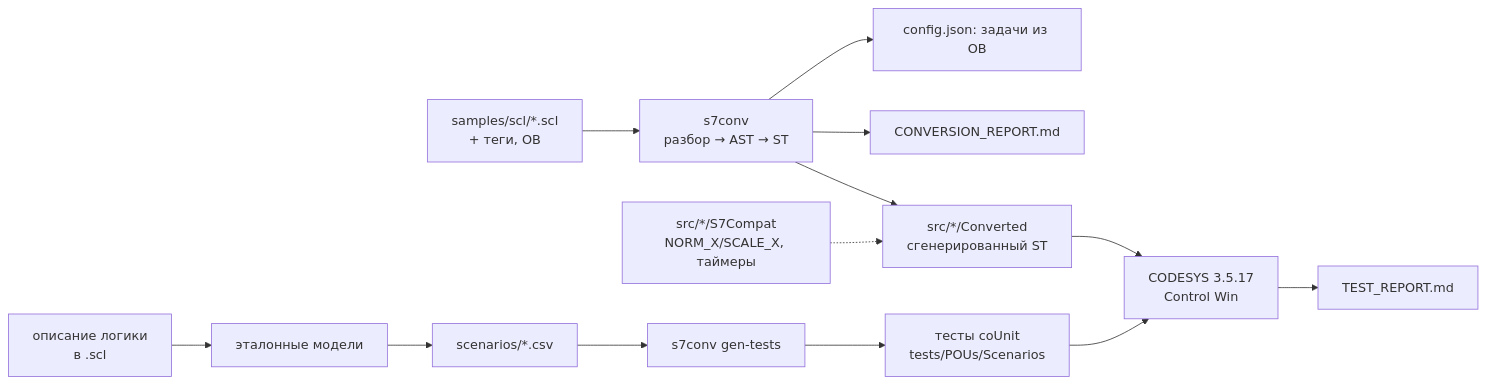
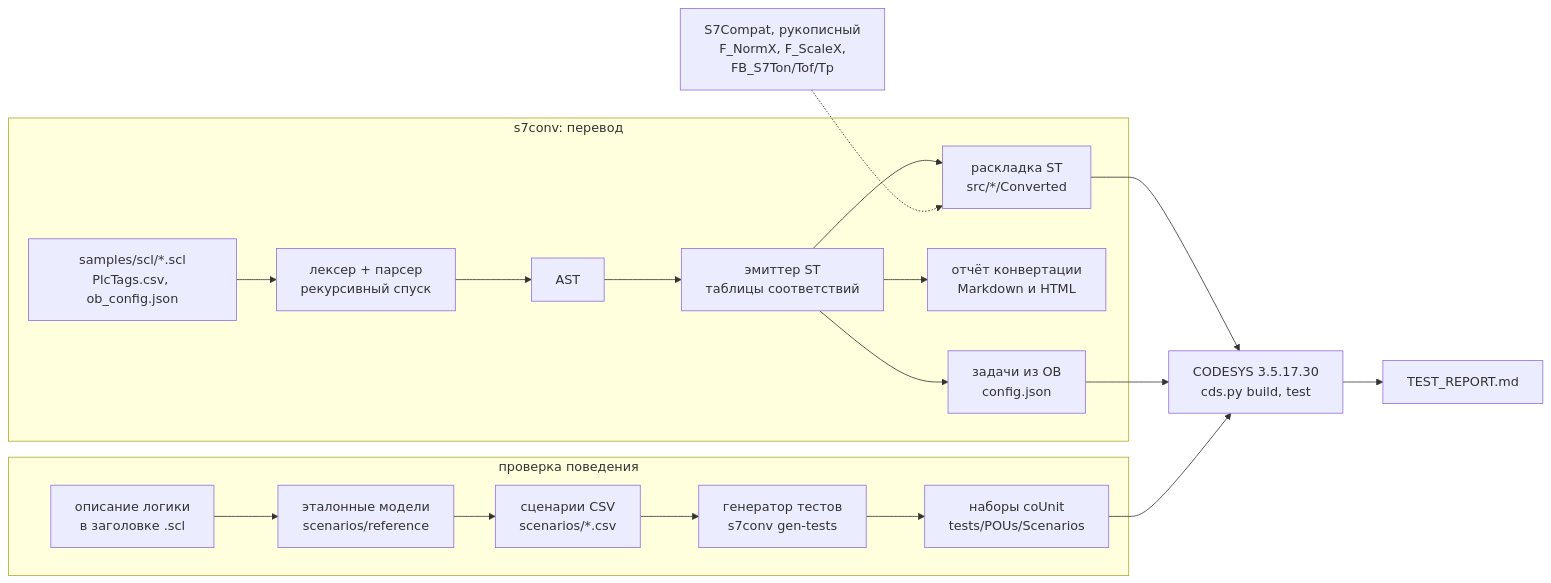
One commit to kr0nsch/s7-to-codesys changed the diagram in README.md. Above: the diagram before and after it, drawn with Mermaid. The commit also changed other lines of this file and 9 other files, not shown here.

````diff
--- a/README.md
+++ b/README.md
@@ -22,12 +49,22 @@
 ```mermaid
 flowchart LR
-    scl["samples/scl/*.scl<br/>+ теги, OB"] --> conv["s7conv<br/>разбор → AST → ST"]
-    conv --> convd["src/*/Converted<br/>сгенерированный ST"]
-    conv --> rep["CONVERSION_REPORT.md"]
-    conv --> cfg["config.json: задачи из OB"]
-    compat["src/*/S7Compat<br/>NORM_X/SCALE_X, таймеры"] -.-> convd
-    desc["описание логики<br/>в .scl"] --> model["эталонные модели"] --> csv["scenarios/*.csv"]
-    csv --> gen["s7conv gen-tests"] --> tst["тесты coUnit<br/>tests/POUs/Scenarios"]
-    convd --> cds["CODESYS 3.5.17<br/>Control Win"]
-    tst --> cds --> trep["TEST_REPORT.md"]
+    subgraph conv["s7conv: перевод"]
+        scl["samples/scl/*.scl<br/>PlcTags.csv, ob_config.json"] --> parse["лексер + парсер<br/>рекурсивный спуск"]
+        parse --> ast["AST"]
+        ast --> emit["эмиттер ST<br/>таблицы соответствий"]
+        emit --> layout["раскладка ST<br/>src/*/Converted"]
+        emit --> rep["отчёт конвертации<br/>Markdown и HTML"]
+        emit --> tasks["задачи из OB<br/>config.json"]
+    end
+    subgraph beh["проверка поведения"]
+        desc["описание логики<br/>в заголовке .scl"] --> models["эталонные модели<br/>scenarios/reference"]
+        models --> csv["сценарии CSV<br/>scenarios/*.csv"]
+        csv --> gen["генератор тестов<br/>s7conv gen-tests"]
+        gen --> suites["наборы coUnit<br/>tests/POUs/Scenarios"]
+    end
+    compat["S7Compat, рукописный<br/>F_NormX, F_ScaleX,<br/>FB_S7Ton/Tof/Tp"] -.-> layout
+    layout --> cds["CODESYS 3.5.17.30<br/>cds.py build, test"]
+    tasks --> cds
+    suites --> cds
+    cds --> trep["TEST_REPORT.md"]
 ```
````
